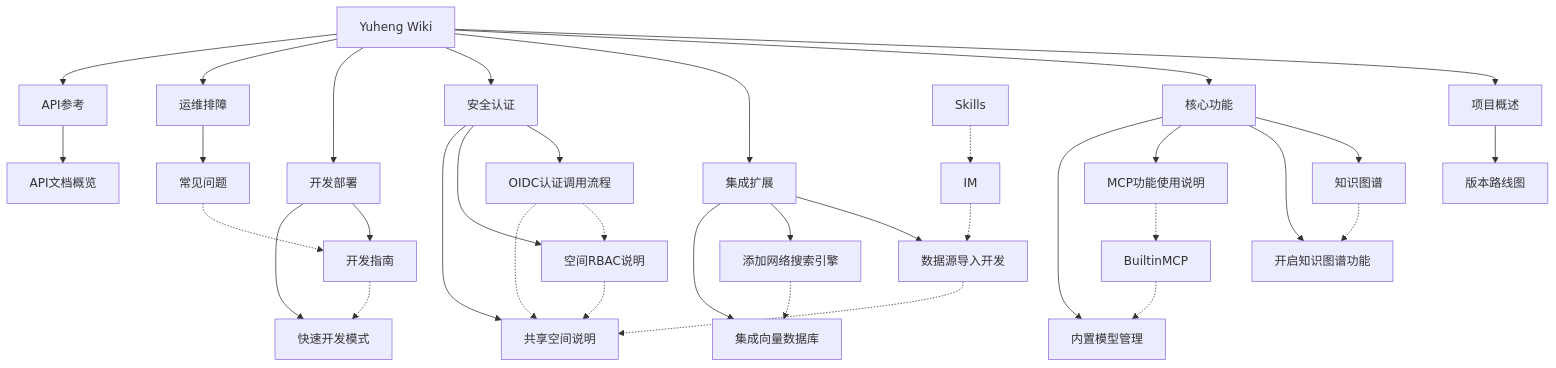
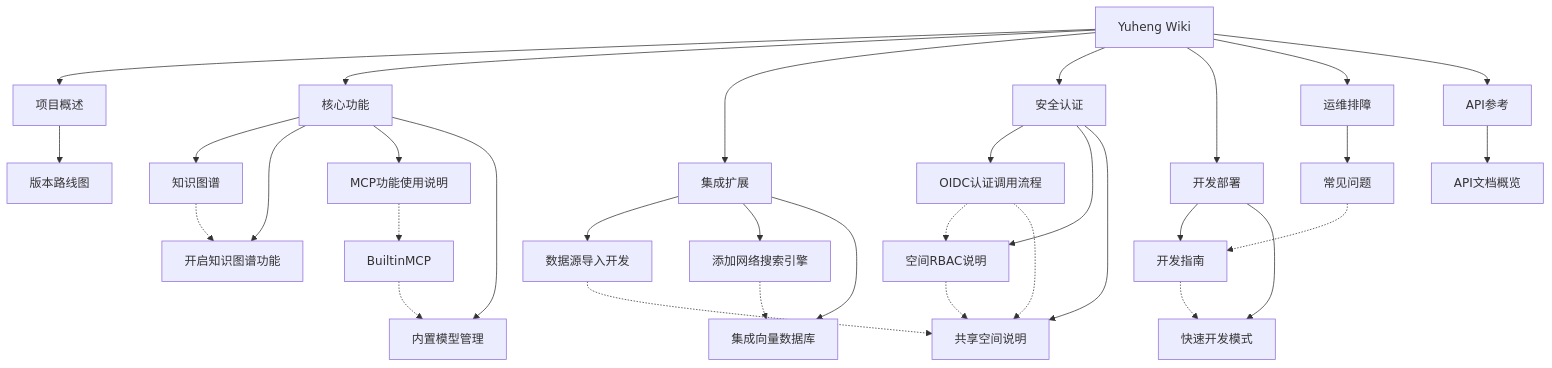
Before and after one commit to magicyuan876/Yuheng: the diagram in docs/wiki/Home.md, drawn with Mermaid. The commit also changed 32 other files, not shown here.

````diff
--- a/docs/wiki/Home.md
+++ b/docs/wiki/Home.md
@@ -67,46 +67,44 @@
 ```mermaid
 graph TB
     Home[Yuheng Wiki]
     Home --> 项目概述
     Home --> 核心功能
     Home --> 集成扩展
     Home --> 安全认证
     Home --> 开发部署
     Home --> 运维排障
     Home --> API参考
 
     项目概述 --> ROADMAP[版本路线图]
 
     核心功能 --> KG[知识图谱]
     核心功能 --> KGSetup[开启知识图谱功能]
     核心功能 --> MCP[MCP功能使用说明]
     核心功能 --> BuiltinModel[内置模型管理]
 
     集成扩展 --> DS[数据源导入开发]
     集成扩展 --> WebSearch[添加网络搜索引擎]
     集成扩展 --> VecDB[集成向量数据库]
 
     安全认证 --> OIDC[OIDC认证调用流程]
     安全认证 --> RBAC[空间RBAC说明]
     安全认证 --> SharedSpace[共享空间说明]
 
     开发部署 --> DevGuide[开发指南]
     开发部署 --> QuickDev[快速开发模式]
 
     运维排障 --> FAQ[常见问题]
 
     API参考 --> APIOverview[API文档概览]
 
     KG -.-> KGSetup
     MCP -.-> BuiltinMCP
     BuiltinMCP -.-> BuiltinModel
-    Skills -.-> IM
-    IM -.-> DS
     DS -.-> SharedSpace
     OIDC -.-> RBAC
     RBAC -.-> SharedSpace
     OIDC -.-> SharedSpace
     WebSearch -.-> VecDB
     DevGuide -.-> QuickDev
     FAQ -.-> DevGuide
 ```
````
